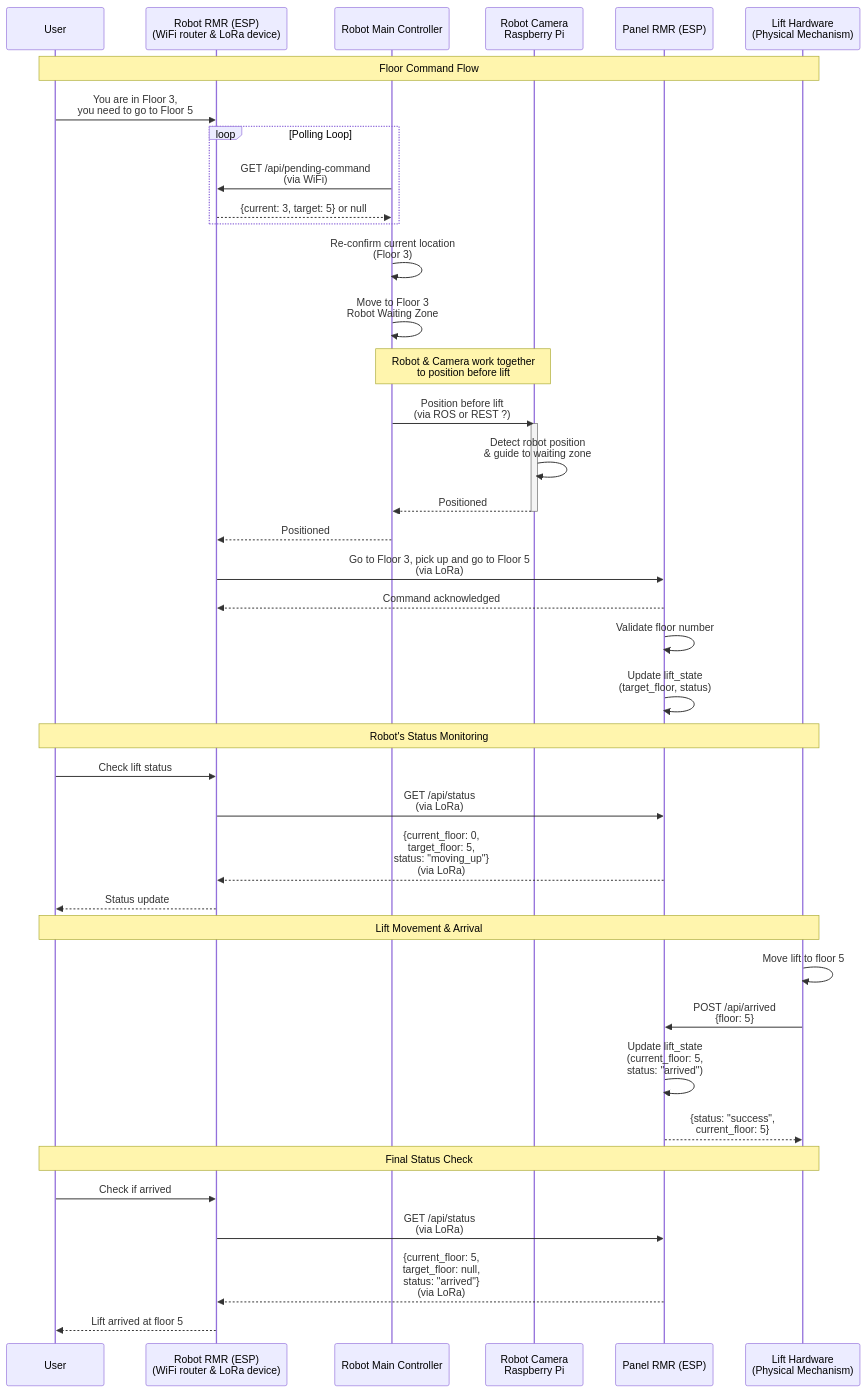
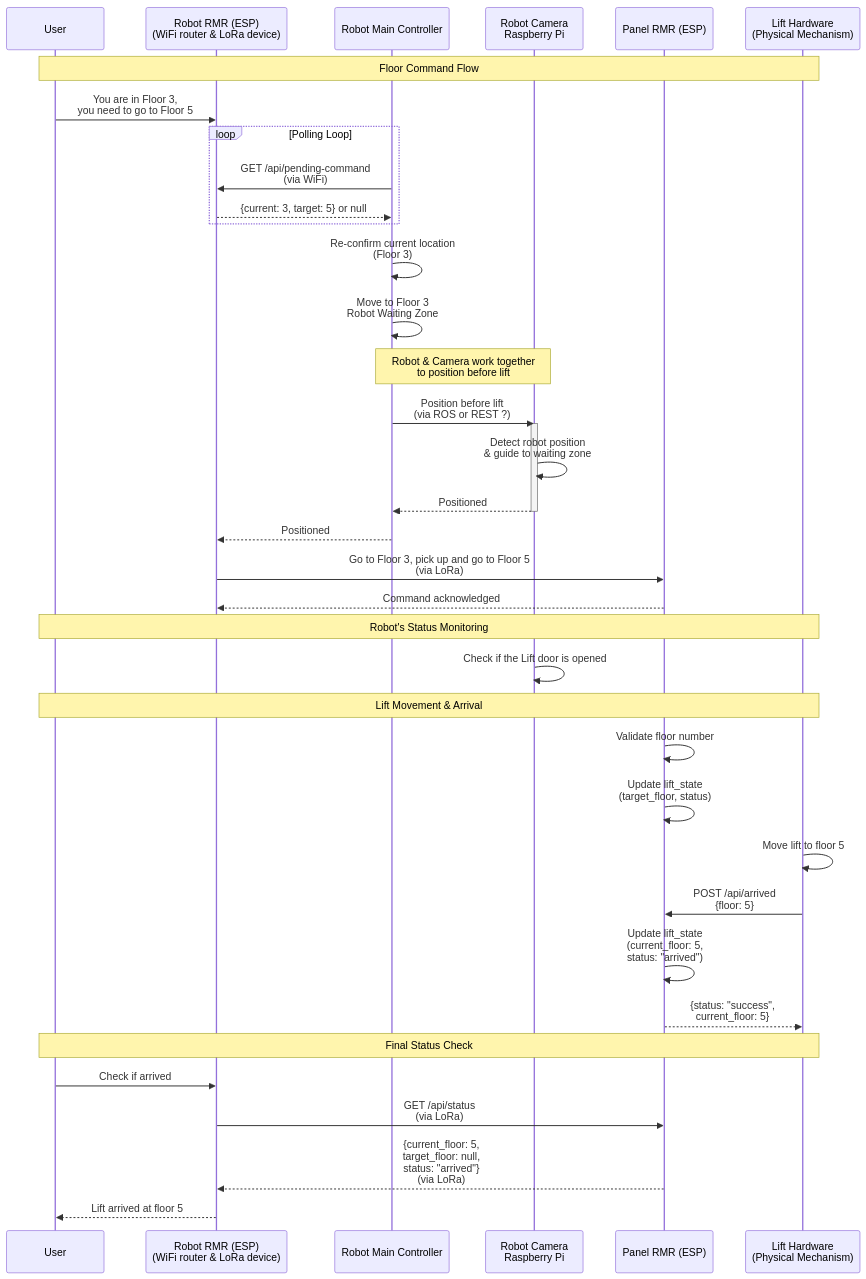
One commit to in-is-ah/rmr changed the first of 2 diagrams in sequence_diagram.md. Above: the diagram before and after it, drawn with Mermaid.

Commit message:
Refactor sequence diagram for lift service flow

````diff
--- a/sequence_diagram.md
+++ b/sequence_diagram.md
@@ -5,48 +5,45 @@
 ```mermaid
 sequenceDiagram
     participant User
     participant ClientPi as Robot RMR (ESP)<br/>(WiFi router & LoRa device)
     participant RobotMainController as Robot Main Controller
     participant CameraModule as Robot Camera<br/>Raspberry Pi
     participant LiftService as Panel RMR (ESP)
     participant LiftHardware as Lift Hardware<br/>(Physical Mechanism)
 
     Note over User,LiftHardware: Floor Command Flow
     User->>ClientPi: You are in Floor 3,<br/>you need to go to Floor 5
     loop Polling Loop
         RobotMainController->>ClientPi: GET /api/pending-command<br/>(via WiFi)
         ClientPi-->>RobotMainController: {current: 3, target: 5} or null
     end
     RobotMainController->>RobotMainController: Re-confirm current location<br/>(Floor 3)
     RobotMainController->>RobotMainController: Move to Floor 3<br/>Robot Waiting Zone
     Note over RobotMainController,CameraModule: Robot & Camera work together<br/>to position before lift
     RobotMainController->>CameraModule: Position before lift<br/>(via ROS or REST ?)
     activate CameraModule
     CameraModule->>CameraModule: Detect robot position<br/>& guide to waiting zone
     CameraModule-->>RobotMainController: Positioned
     deactivate CameraModule
     RobotMainController-->>ClientPi: Positioned
     ClientPi->>LiftService: Go to Floor 3, pick up and go to Floor 5<br/>(via LoRa)
     LiftService-->>ClientPi: Command acknowledged
-    LiftService->>LiftService: Validate floor number
-    LiftService->>LiftService: Update lift_state<br/>(target_floor, status)
 
     
     Note over User,LiftHardware: Robot's Status Monitoring
-    User->>ClientPi: Check lift status
-    ClientPi->>LiftService: GET /api/status<br/>(via LoRa)
-    LiftService-->>ClientPi: {current_floor: 0,<br/>target_floor: 5,<br/>status: "moving_up"}<br/>(via LoRa)
-    ClientPi-->>User: Status update
+    CameraModule->>CameraModule: Check if the Lift door is opened
     
     Note over User,LiftHardware: Lift Movement & Arrival
+    LiftService->>LiftService: Validate floor number
+    LiftService->>LiftService: Update lift_state<br/>(target_floor, status)
     LiftHardware->>LiftHardware: Move lift to floor 5
     LiftHardware->>LiftService: POST /api/arrived<br/>{floor: 5}
     LiftService->>LiftService: Update lift_state<br/>(current_floor: 5,<br/>status: "arrived")
     LiftService-->>LiftHardware: {status: "success",<br/>current_floor: 5}
     
     Note over User,LiftHardware: Final Status Check
     User->>ClientPi: Check if arrived
     ClientPi->>LiftService: GET /api/status<br/>(via LoRa)
     LiftService-->>ClientPi: {current_floor: 5,<br/>target_floor: null,<br/>status: "arrived"}<br/>(via LoRa)
     ClientPi-->>User: Lift arrived at floor 5
 ```
````
